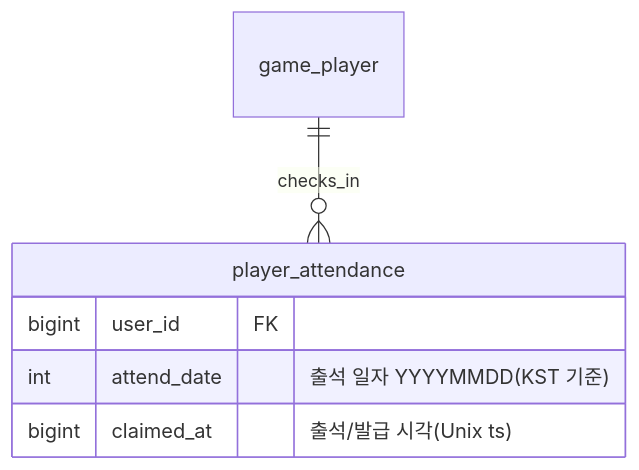
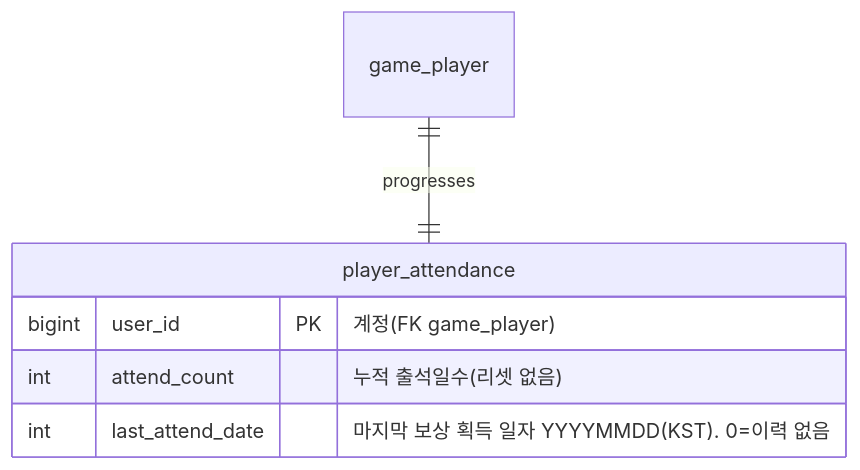
Before and after one commit to ks-wook/com2us-taskbar-hero: the diagram in docs/세부/attendance-기획서.md, drawn with Mermaid. The commit also changed other lines of this file and 17 other files, not shown here.

````diff
--- a/docs/세부/attendance-기획서.md
+++ b/docs/세부/attendance-기획서.md
@@ -62,10 +64,10 @@
 ```mermaid
 erDiagram
-    game_player ||--o{ player_attendance : checks_in
+    game_player ||--|| player_attendance : progresses
 
     player_attendance {
-        bigint  user_id FK
-        int     attend_date "출석 일자 YYYYMMDD(KST 기준)"
-        bigint  claimed_at "출석/발급 시각(Unix ts)"
+        bigint  user_id PK "계정(FK game_player)"
+        int     attend_count "누적 출석일수(리셋 없음)"
+        int     last_attend_date "마지막 보상 획득 일자 YYYYMMDD(KST). 0=이력 없음"
     }
 ```
````
